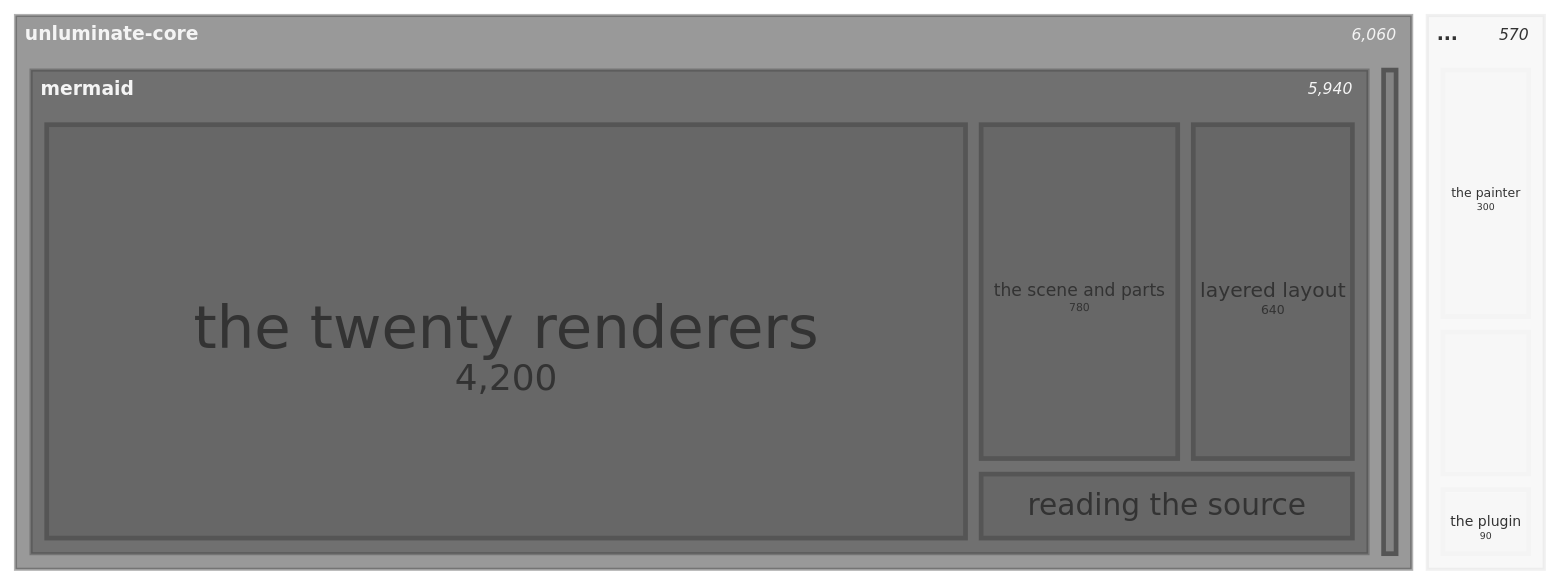
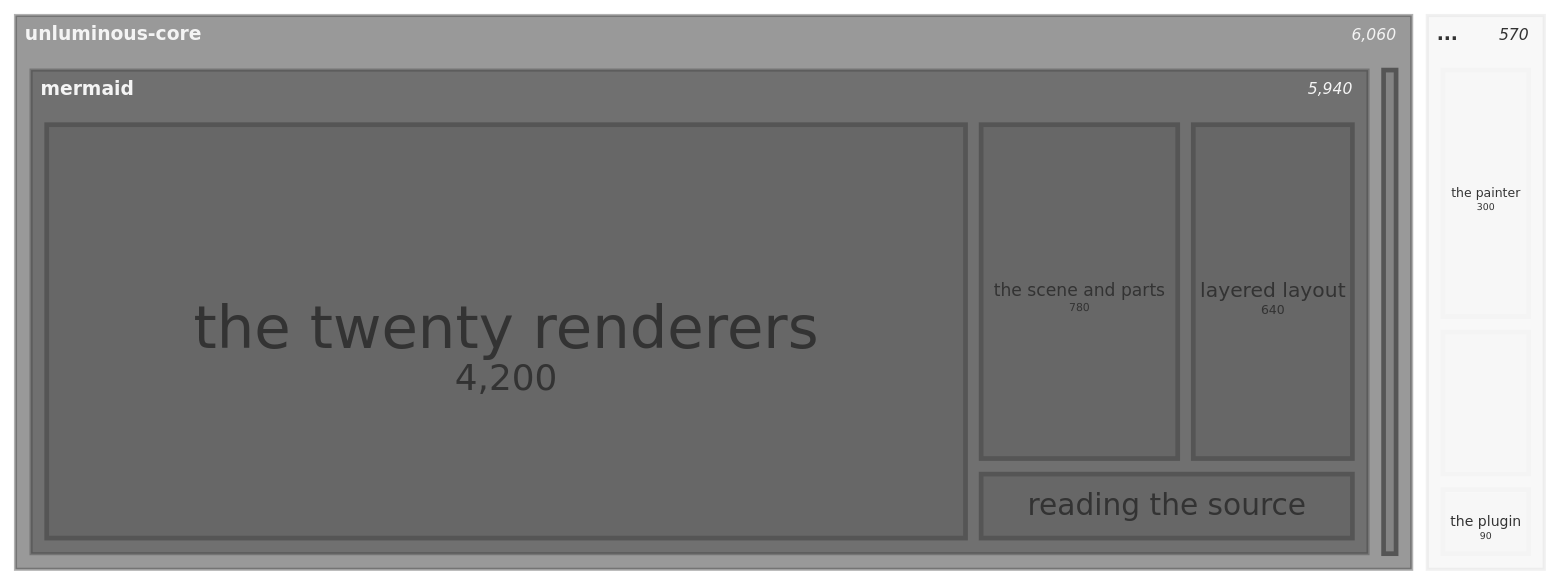
Before and after one commit to Black-Rainbow-Labs/Unluminous: the diagram in sample-diagrams/treemap.mmd, drawn with Mermaid (neutral theme). The commit also changed 1327 other files, not shown here.

```diff
--- a/sample-diagrams/treemap.mmd
+++ b/sample-diagrams/treemap.mmd
@@ -1,12 +1,12 @@
 treemap-beta
-"unluminate-core"
+"unluminous-core"
   "mermaid"
     "the twenty renderers": 4200
     "layered layout": 640
     "the scene and parts": 780
     "reading the source": 320
   "markdown": 120
-"unluminate-app"
+"unluminous-app"
   "the painter": 300
   "the scene cache": 180
   "the plugin": 90
```
